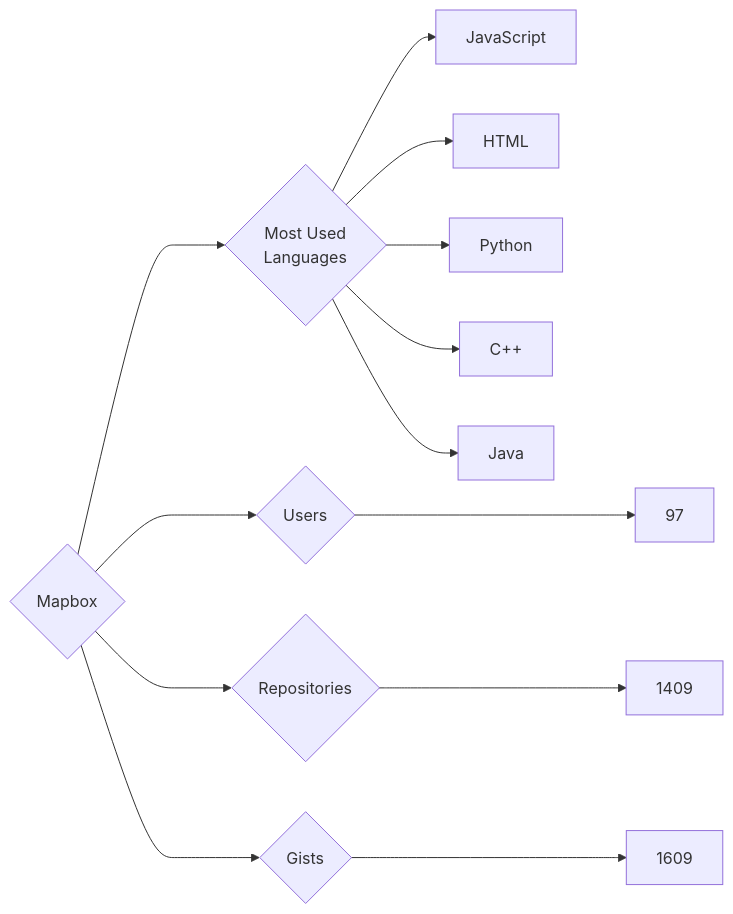
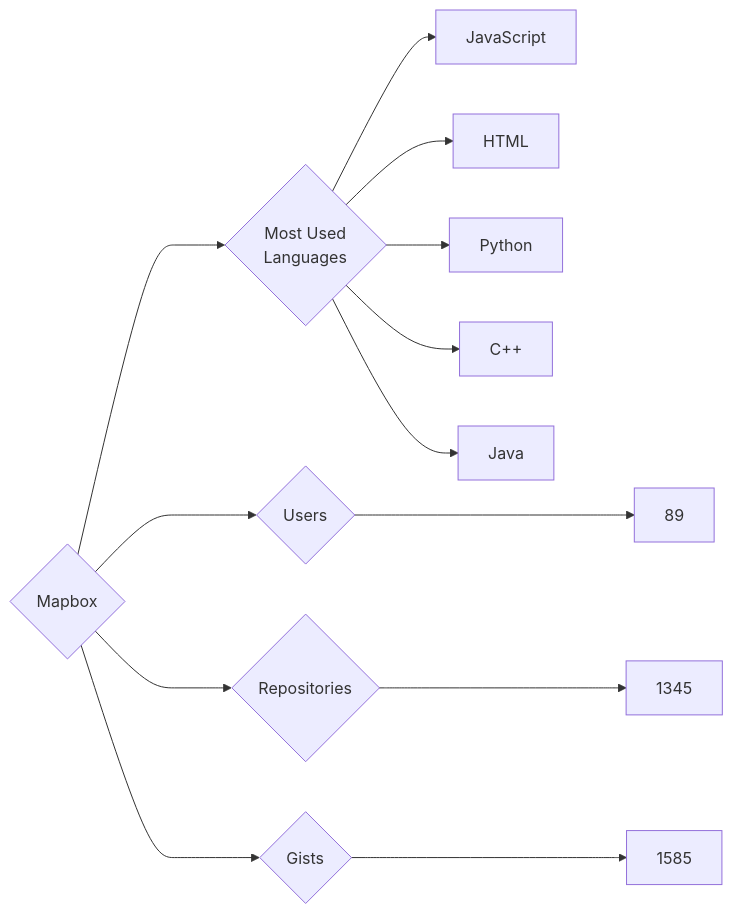
The diagram in targets/Mapbox/README.md (trickest/insiders), drawn with Mermaid before and after one commit. The commit also changed 898 other files, not shown here.

````diff
--- a/targets/Mapbox/README.md
+++ b/targets/Mapbox/README.md
@@ -3,13 +3,13 @@
 ```mermaid
 graph LR
 COMPANY_NAME{Mapbox}
-COMPANY_NAME ---> U{Users} ---> UN[97]
-COMPANY_NAME ---> R{Repositories} ---> RN[1409]
-COMPANY_NAME ---> G{Gists} ---> GN[1609]
+COMPANY_NAME ---> U{Users} ---> UN[89]
+COMPANY_NAME ---> R{Repositories} ---> RN[1345]
+COMPANY_NAME ---> G{Gists} ---> GN[1585]
 COMPANY_NAME ---> ML{Most Used<br>Languages}
 ML --> JavaScript[JavaScript]
 ML --> HTML[HTML]
 ML --> Python[Python]
 ML --> C++[C++]
 ML --> Java[Java]
 ```
````
